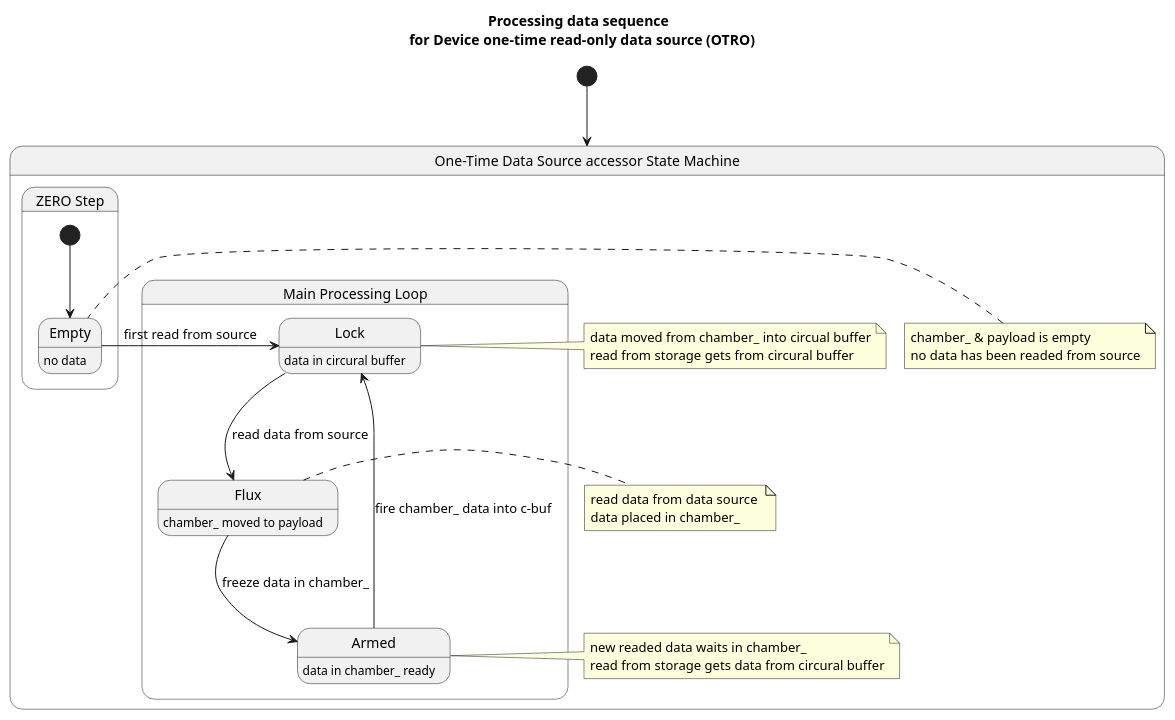
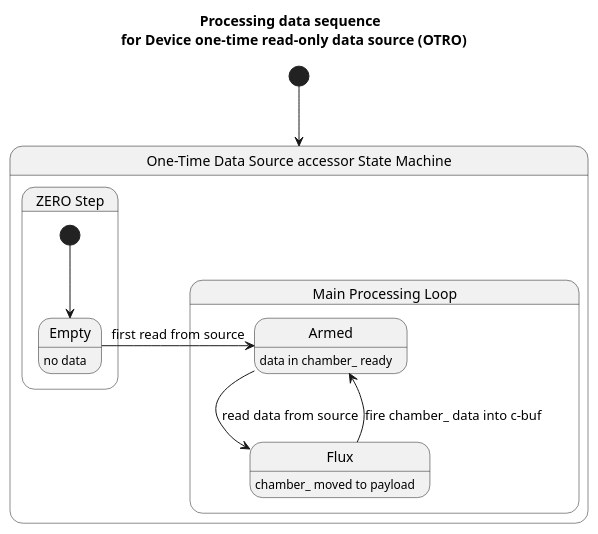
One commit to michalwidera/retractordb changed the diagram in src/retractor/UML/storage-access-state.puml. Above: the diagram before and after it, drawn with PlantUML. The commit also changed 4 other files, not shown here.

```diff
--- a/src/retractor/UML/storage-access-state.puml
+++ b/src/retractor/UML/storage-access-state.puml
@@ -1,46 +1,24 @@
 @startuml
 
 title Processing data sequence \n for Device one-time read-only data source (OTRO)
 [*] --> Storage
 
 state Storage as "One-Time Data Source accessor State Machine" {
 
   state ZeroStep as "ZERO Step" {
     [*] --> Empty
     state Empty : no data
   }
 
   state MainLoop as "Main Processing Loop" {
     state Armed : data in chamber_ ready
     state Flux : chamber_ moved to payload
-    state Lock : data in circural buffer 
-    Flux ---> Armed : freeze data in chamber_
-    Armed ---> Lock : fire chamber_ data into c-buf
-    Lock ---> Flux : read data from source
+    Flux --> Armed : fire chamber_ data into c-buf
+    Armed --> Flux : read data from source
   }
 
-  Empty -> Lock : first read from source
-
-  note right of Flux
-  read data from data source 
-  data placed in chamber_
-  end note
-  
-  note right of Armed
-  new readed data waits in chamber_
-  read from storage gets data from circural buffer
-  end note
-  
-  note right of Lock
-  data moved from chamber_ into circual buffer
-  read from storage gets from circural buffer
-  end note
-
-  note left of Empty
-  chamber_ & payload is empty 
-  no data has been readed from source
-  end note
+  Empty -> Armed : first read from source
 
   }
 
 @enduml
```
